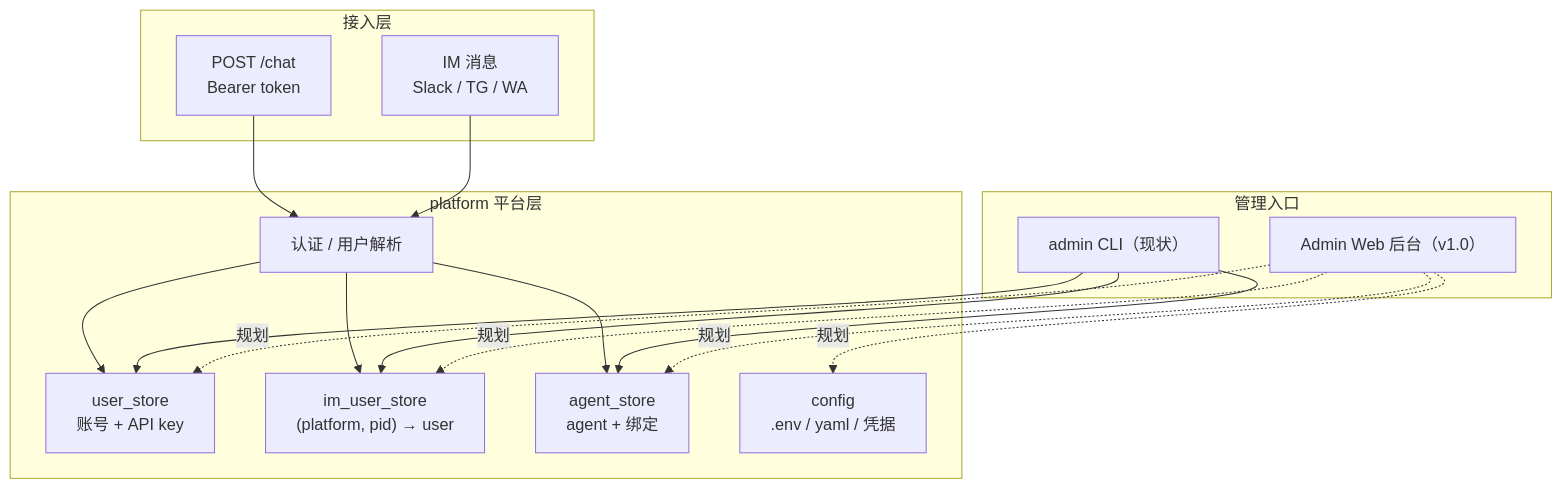
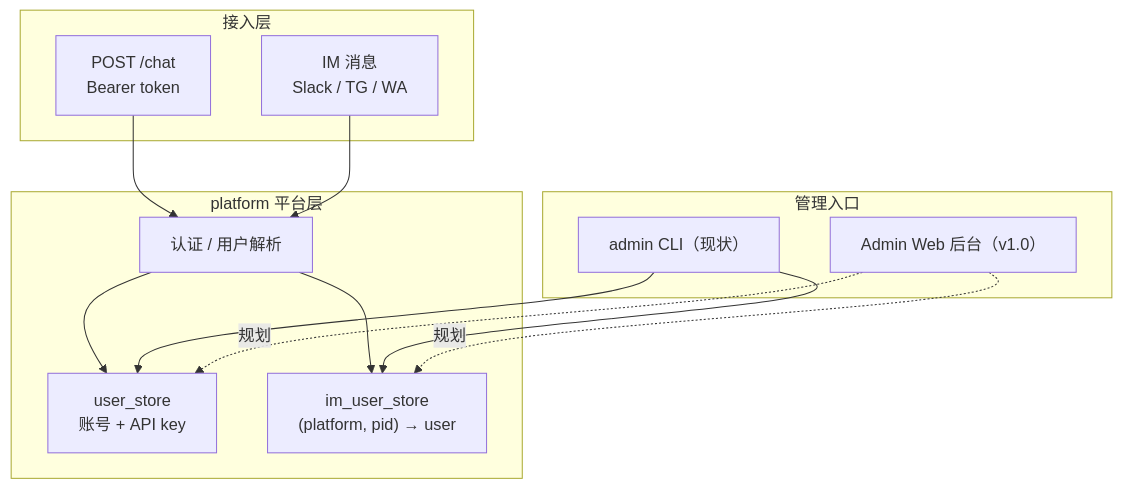
The first of 6 diagrams in docs/capabilities/platform.md (Summy2104/fleetent), drawn with Mermaid before and after one commit. The commit also changed other lines of this file, not shown here.

````diff
--- a/docs/capabilities/platform.md
+++ b/docs/capabilities/platform.md
@@ -15,30 +18,24 @@
 ```mermaid
 flowchart TD
     subgraph 接入["接入层"]
         HTTP["POST /chat<br/>Bearer token"]
         IM["IM 消息<br/>Slack / TG / WA"]
     end
     subgraph PLAT["platform 平台层"]
         AUTH["认证 / 用户解析"]
         US["user_store<br/>账号 + API key"]
         IUS["im_user_store<br/>(platform, pid) → user"]
-        AS["agent_store<br/>agent + 绑定"]
-        CFG["config<br/>.env / yaml / 凭据"]
     end
     subgraph MGMT["管理入口"]
         CLI["admin CLI（现状）"]
         UI["Admin Web 后台（v1.0）"]
     end
     HTTP --> AUTH
     IM --> AUTH
     AUTH --> US
     AUTH --> IUS
-    AUTH --> AS
     CLI --> US
     CLI --> IUS
-    CLI --> AS
     UI -.规划.-> US
     UI -.规划.-> IUS
-    UI -.规划.-> AS
-    UI -.规划.-> CFG
 ```
````
